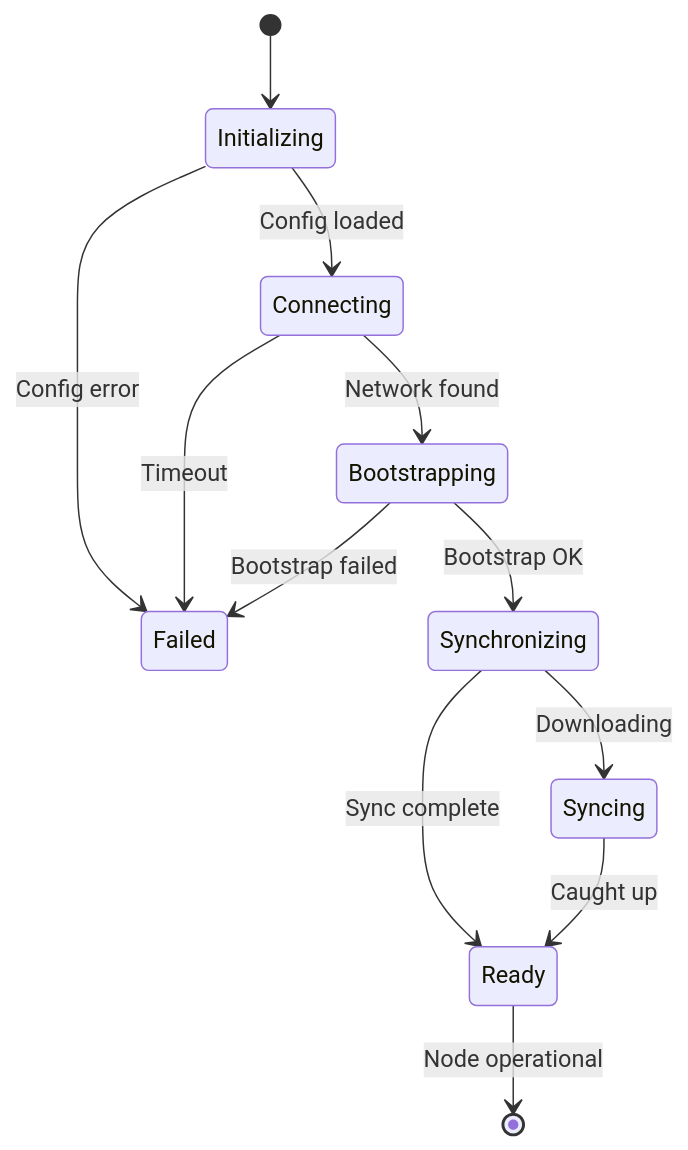
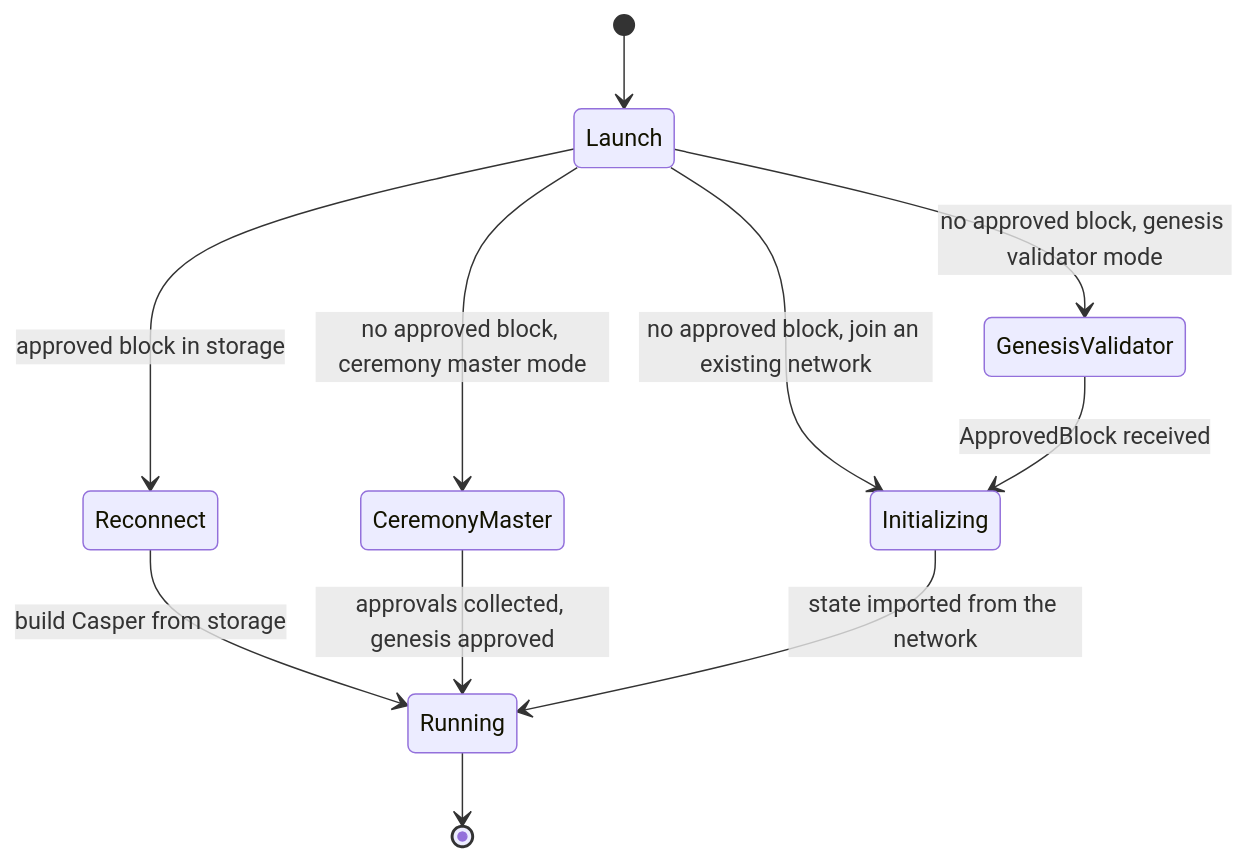
The second of 2 diagrams in architecture/state-diagrams/startup/index.md (asi-alliance/asi-chain-docs-portal), drawn with Mermaid before and after one commit. The commit also changed other lines of this file and 3 other files, not shown here.

Commit message:
[AS-913] Rewrite explorer components and node state diagrams for the Rust node

````diff
--- a/architecture/state-diagrams/startup/index.md
+++ b/architecture/state-diagrams/startup/index.md
@@ -11,20 +30,14 @@
 ```mermaid
 stateDiagram-v2
-    [*] --> Initializing
-    
-    Initializing --> Connecting : Config loaded
-    Initializing --> Failed : Config error
-    
-    Connecting --> Bootstrapping : Network found
-    Connecting --> Failed : Timeout
-    
-    Bootstrapping --> Synchronizing : Bootstrap OK
-    Bootstrapping --> Failed : Bootstrap failed
-    
-    Synchronizing --> Ready : Sync complete
-    Synchronizing --> Syncing : Downloading
-    
-    Syncing --> Ready : Caught up
-    
-    Ready --> [*] : Node operational
+    [*] --> Launch
+    Launch --> Reconnect : approved block in storage
+    Launch --> GenesisValidator : no approved block, genesis validator mode
+    Launch --> CeremonyMaster : no approved block, ceremony master mode
+    Launch --> Initializing : no approved block, join an existing network
+
+    Reconnect --> Running : build Casper from storage
+    GenesisValidator --> Initializing : ApprovedBlock received
+    CeremonyMaster --> Running : approvals collected, genesis approved
+    Initializing --> Running : state imported from the network
+    Running --> [*]
 ```
````
